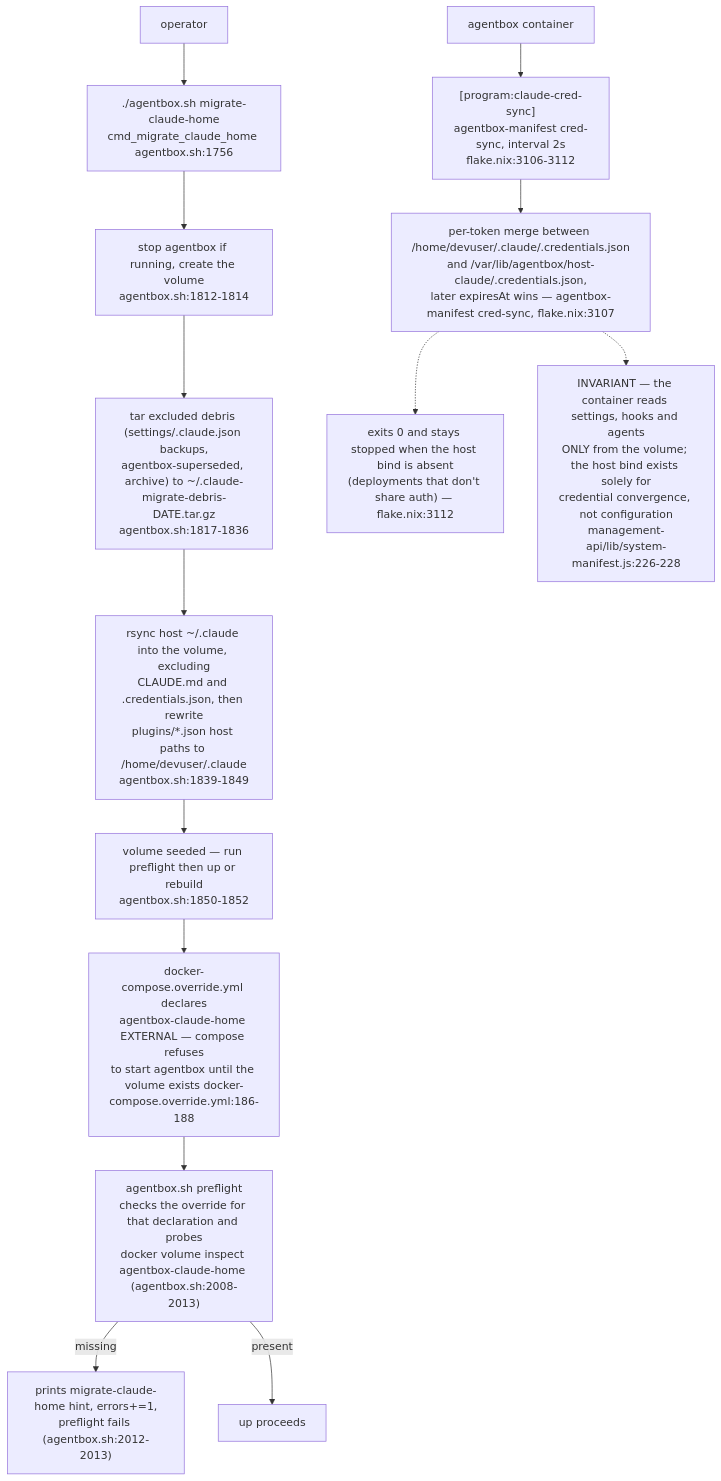
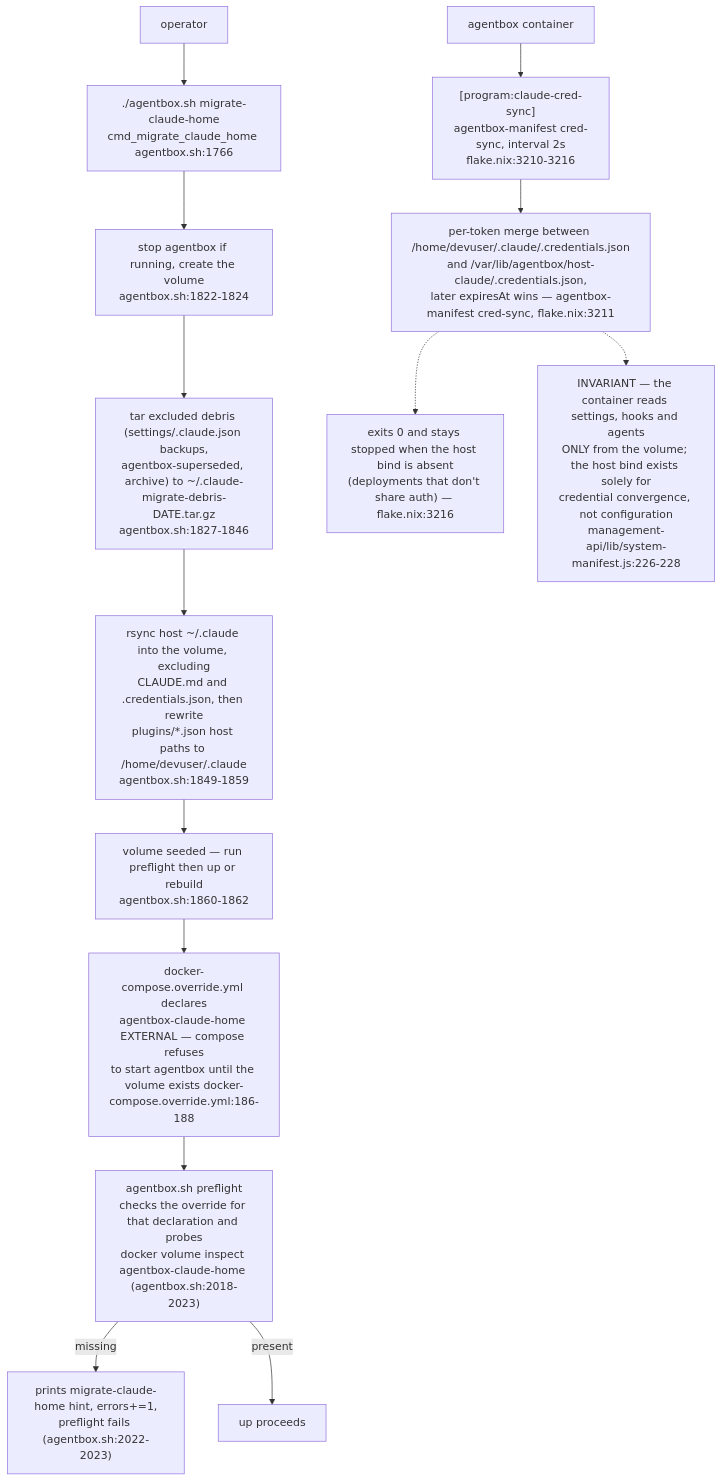
Diagram 11 of 13 in docs/diagrams/agentbox/06-sidecars-and-compose-overlays.md (DreamLab-AI/VisionFlow), drawn with Mermaid before and after one commit. The commit also changed other lines of this file and 80 other files, not shown here.

First line of the commit message:
docs(diagrams): re-verify the agentbox, dreamlab, estate and visionflow corpus against current sources

````diff
--- a/docs/diagrams/agentbox/06-sidecars-and-compose-overlays.md
+++ b/docs/diagrams/agentbox/06-sidecars-and-compose-overlays.md
@@ -319,16 +320,16 @@
 ```mermaid
 flowchart TB
-    DEC["docker-compose.override.yml declares<br/>agentbox-claude-home EXTERNAL — compose refuses<br/>to start agentbox until the volume exists docker-compose.override.yml:186-188"] --> PRE["agentbox.sh preflight<br/>checks the override for that declaration and probes<br/>docker volume inspect agentbox-claude-home (agentbox.sh:2008-2013)"]
-    PRE -->|"missing"| ERR["prints migrate-claude-home hint, errors+=1,<br/>preflight fails (agentbox.sh:2012-2013)"]
+    DEC["docker-compose.override.yml declares<br/>agentbox-claude-home EXTERNAL — compose refuses<br/>to start agentbox until the volume exists docker-compose.override.yml:186-188"] --> PRE["agentbox.sh preflight<br/>checks the override for that declaration and probes<br/>docker volume inspect agentbox-claude-home (agentbox.sh:2018-2023)"]
+    PRE -->|"missing"| ERR["prints migrate-claude-home hint, errors+=1,<br/>preflight fails (agentbox.sh:2022-2023)"]
     PRE -->|"present"| OK["up proceeds"]
-    OP["operator"] --> MIG["./agentbox.sh migrate-claude-home<br/>cmd_migrate_claude_home agentbox.sh:1756"]
-    MIG --> STOP["stop agentbox if running, create the volume<br/>agentbox.sh:1812-1814"]
-    STOP --> DEBRIS["tar excluded debris (settings/.claude.json backups,<br/>agentbox-superseded, archive) to ~/.claude-migrate-debris-DATE.tar.gz<br/>agentbox.sh:1817-1836"]
-    DEBRIS --> RSYNC["rsync host ~/.claude into the volume, excluding<br/>CLAUDE.md and .credentials.json, then rewrite<br/>plugins/*.json host paths to /home/devuser/.claude<br/>agentbox.sh:1839-1849"]
-    RSYNC --> DONE["volume seeded — run preflight then up or rebuild<br/>agentbox.sh:1850-1852"]
+    OP["operator"] --> MIG["./agentbox.sh migrate-claude-home<br/>cmd_migrate_claude_home agentbox.sh:1766"]
+    MIG --> STOP["stop agentbox if running, create the volume<br/>agentbox.sh:1822-1824"]
+    STOP --> DEBRIS["tar excluded debris (settings/.claude.json backups,<br/>agentbox-superseded, archive) to ~/.claude-migrate-debris-DATE.tar.gz<br/>agentbox.sh:1827-1846"]
+    DEBRIS --> RSYNC["rsync host ~/.claude into the volume, excluding<br/>CLAUDE.md and .credentials.json, then rewrite<br/>plugins/*.json host paths to /home/devuser/.claude<br/>agentbox.sh:1849-1859"]
+    RSYNC --> DONE["volume seeded — run preflight then up or rebuild<br/>agentbox.sh:1860-1862"]
     DONE --> DEC
-    AB2["agentbox container"] --> SYNC["[program:claude-cred-sync]<br/>agentbox-manifest cred-sync, interval 2s<br/>flake.nix:3106-3112"]
-    SYNC --> MERGE["per-token merge between /home/devuser/.claude/.credentials.json<br/>and /var/lib/agentbox/host-claude/.credentials.json,<br/>later expiresAt wins — agentbox-manifest cred-sync, flake.nix:3107"]
-    MERGE -.-> ABSENT["exits 0 and stays stopped when the host bind is absent<br/>(deployments that don't share auth) — flake.nix:3112"]
+    AB2["agentbox container"] --> SYNC["[program:claude-cred-sync]<br/>agentbox-manifest cred-sync, interval 2s<br/>flake.nix:3210-3216"]
+    SYNC --> MERGE["per-token merge between /home/devuser/.claude/.credentials.json<br/>and /var/lib/agentbox/host-claude/.credentials.json,<br/>later expiresAt wins — agentbox-manifest cred-sync, flake.nix:3211"]
+    MERGE -.-> ABSENT["exits 0 and stays stopped when the host bind is absent<br/>(deployments that don't share auth) — flake.nix:3216"]
     MERGE -.-> INV["INVARIANT — the container reads settings, hooks and agents<br/>ONLY from the volume; the host bind exists solely for<br/>credential convergence, not configuration<br/>management-api/lib/system-manifest.js:226-228"]
 ```
````
